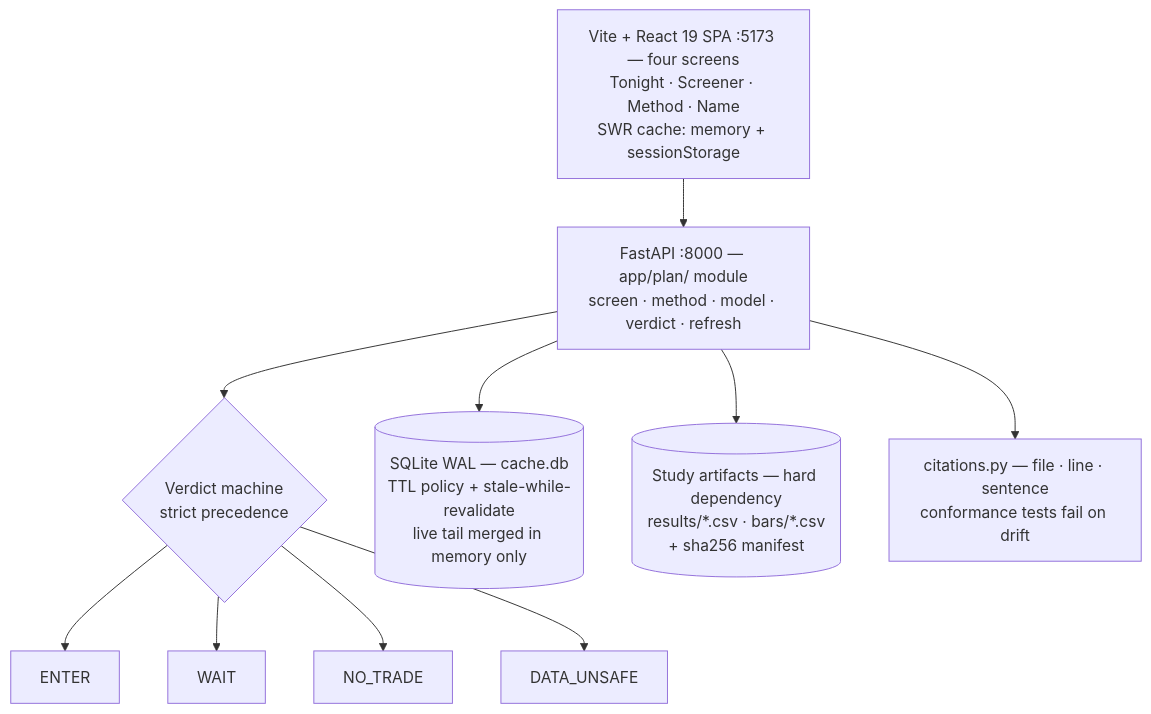
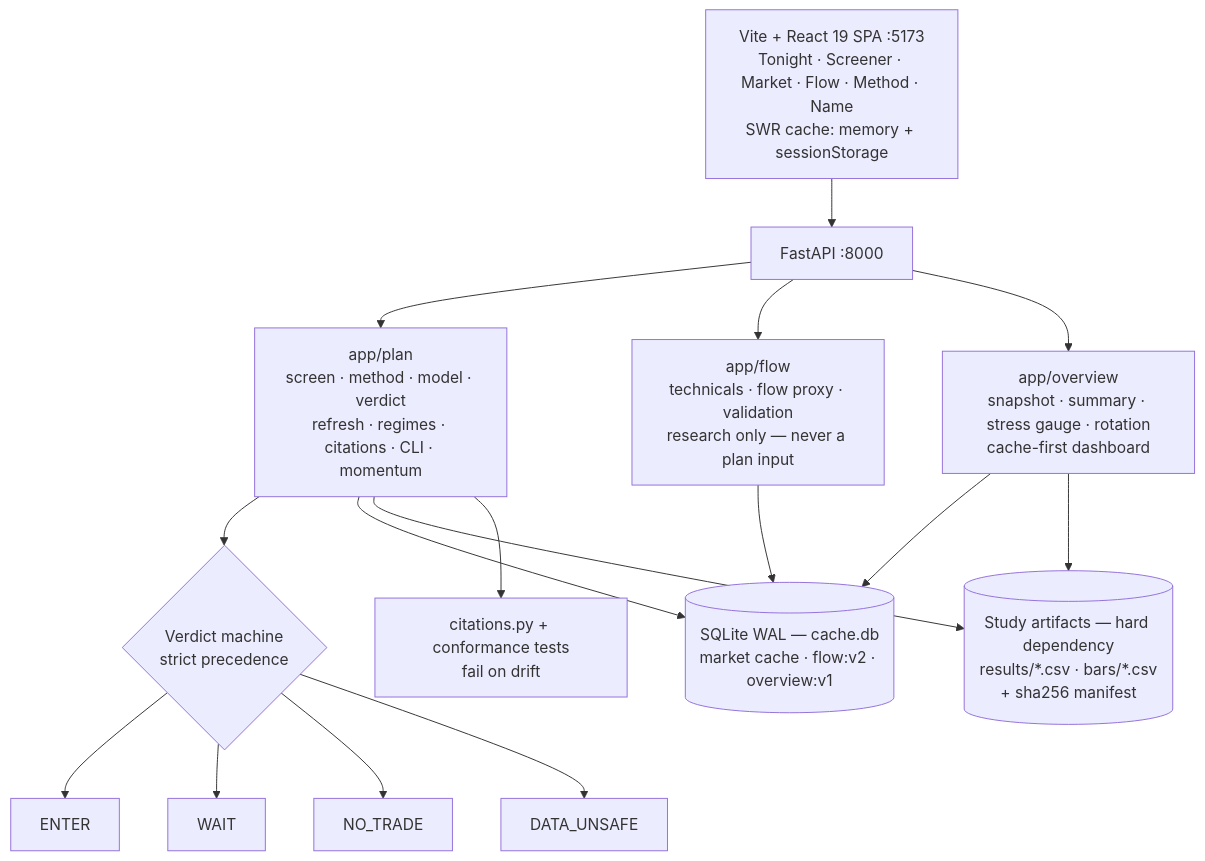
Before and after one commit to mariobgsp/articles: the diagram in trading-suite.md, drawn with Mermaid. The commit also changed other lines of this file and 11 other files, not shown here.

````diff
--- a/trading-suite.md
+++ b/trading-suite.md
@@ -83,26 +67,36 @@
 ```mermaid
 flowchart TD
-  FE["Vite + React 19 SPA :5173 — four screens<br/>Tonight · Screener · Method · Name<br/>SWR cache: memory + sessionStorage"]
+  FE["Vite + React 19 SPA :5173<br/>Tonight · Screener · Market · Flow · Method · Name<br/>SWR cache: memory + sessionStorage"]
 
-  PLAN["FastAPI :8000 — app/plan/ module<br/>screen · method · model · verdict · refresh"]
+  API["FastAPI :8000"]
+
+  PLAN["app/plan<br/>screen · method · model · verdict<br/>refresh · regimes · citations · CLI · momentum"]
+  FLOW["app/flow<br/>technicals · flow proxy · validation<br/>research only — never a plan input"]
+  OVER["app/overview<br/>snapshot · summary · stress gauge · rotation<br/>cache-first dashboard"]
 
   VERD{"Verdict machine<br/>strict precedence"}
-  DB[("SQLite WAL — cache.db<br/>TTL policy + stale-while-revalidate<br/>live tail merged in memory only")]
+  DB[("SQLite WAL — cache.db<br/>market cache · flow:v2 · overview:v1")]
   STUDY[("Study artifacts — hard dependency<br/>results/*.csv · bars/*.csv<br/>+ sha256 manifest")]
-  CIT["citations.py — file · line · sentence<br/>conformance tests fail on drift"]
+  CIT["citations.py + conformance tests<br/>fail on drift"]
 
   OUT["ENTER"]
   W["WAIT"]
   N["NO_TRADE"]
   U["DATA_UNSAFE"]
 
-  FE --> PLAN
+  FE --> API
+  API --> PLAN
+  API --> FLOW
+  API --> OVER
   PLAN --> VERD
   PLAN --> DB
   PLAN --> STUDY
   PLAN --> CIT
+  FLOW --> DB
+  OVER --> DB
+  OVER --> STUDY
   VERD --> OUT
   VERD --> W
   VERD --> N
   VERD --> U
 ```
````
